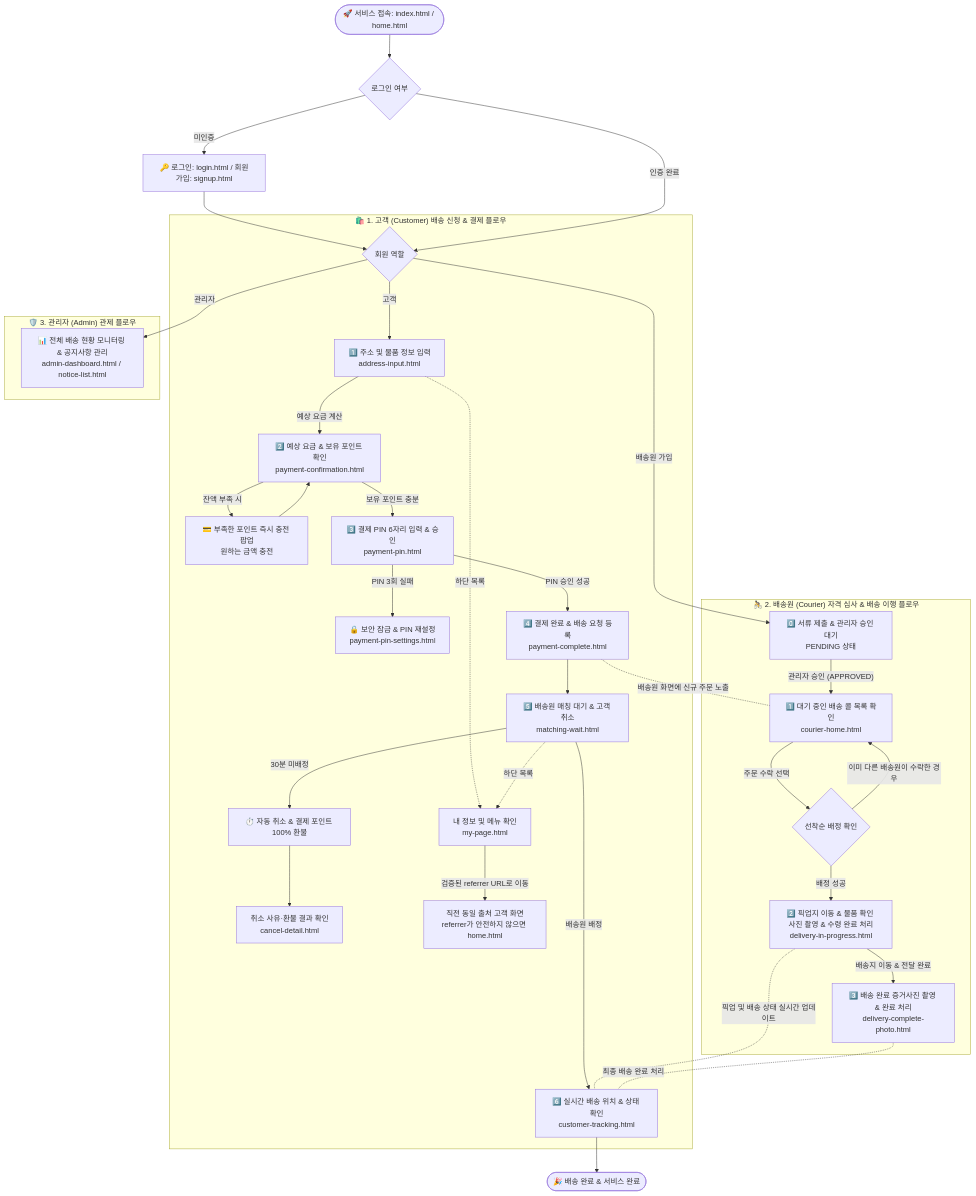
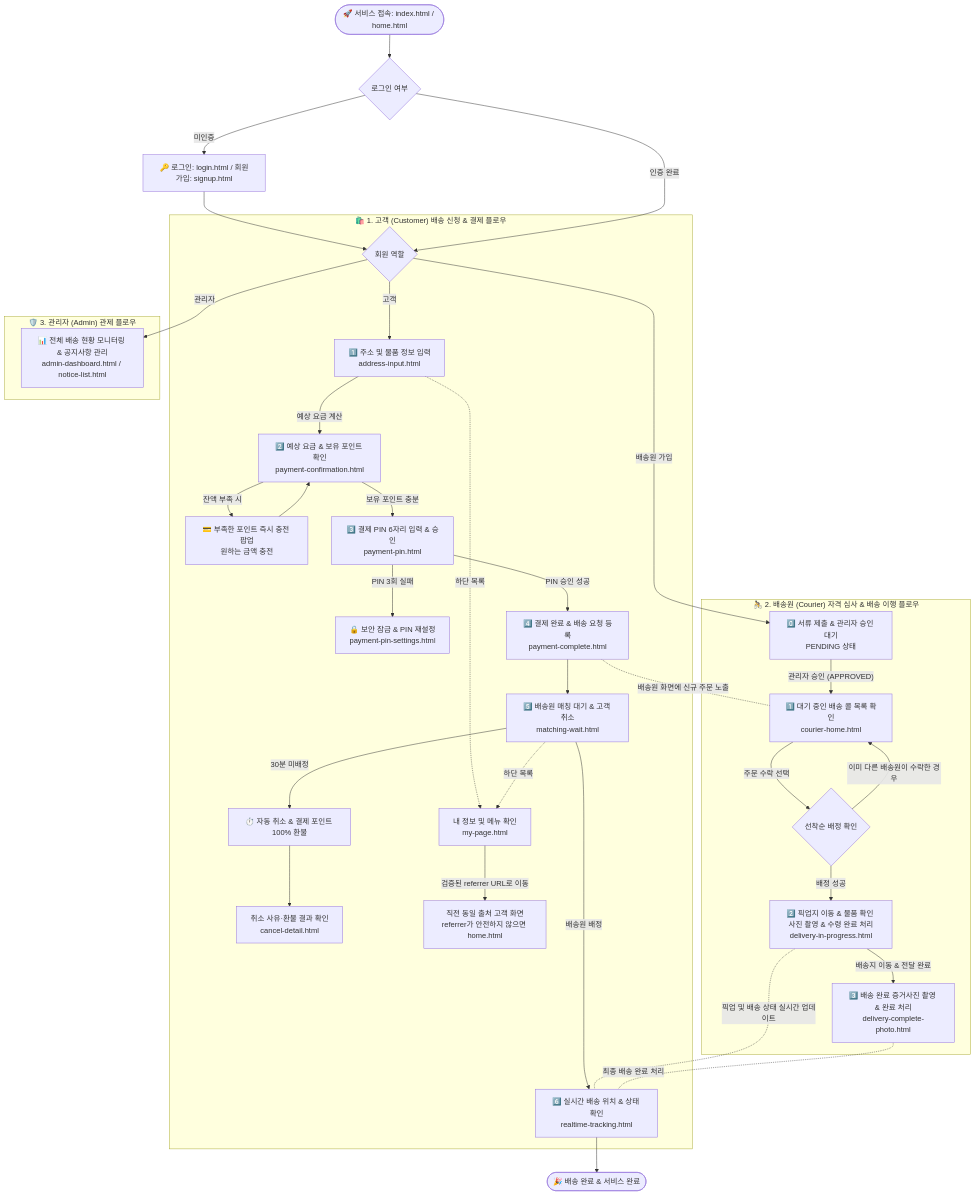
Before and after one commit to ShinhanDSProject/shinhan-delivery: the first of 3 diagrams in docs/architecture/전체-유저-플로우-가이드.md, drawn with Mermaid. The commit also changed other lines of this file and 1 other file, not shown here.

Commit message:
docs: CodeRabbit 리뷰 반영 — 존재하지 않는 customer-tracking.html 오타 수정 및 매칭 대기 REST 스냅샷 설명 보강
전체-유저-플로우-가이드.md가 6단계 화면을 customer-tracking.html로
가리키고 있었는데 실제 파일명은 realtime-tracking.html이라 오래된 오타로
남아있었다(이번 작업과는 무관하게 이미 있던 것). 프로젝트-스펙-및-태스크-
분할.md의 FE-018 설명도 WebSocket push만 적혀 있어, 진입 시 REST로 1회
상태를 확인한다는 사실을 같이 명시했다. CodeRabbit 리뷰(PR #332)로 발견.

````diff
--- a/docs/architecture/전체-유저-플로우-가이드.md
+++ b/docs/architecture/전체-유저-플로우-가이드.md
@@ -29,59 +29,59 @@
 ```mermaid
 flowchart TD
     %% 시작 및 인증
     Start([🚀 서비스 접속: index.html / home.html]) --> AuthChoice{로그인 여부}
     
     AuthChoice -- 미인증 --> Login[🔑 로그인: login.html / 회원가입: signup.html]
     Login --> RoleChoice{회원 역할}
     AuthChoice -- 인증 완료 --> RoleChoice
 
     %% -------------------------------------------------------------
     %% 1. 고객 (Customer) 유저 플로우
     %% -------------------------------------------------------------
     subgraph CustomerFlow ["🛍️ 1. 고객 (Customer) 배송 신청 & 결제 플로우"]
         RoleChoice -- 고객 --> AddrInput[1️⃣ 주소 및 물품 정보 입력<br/>address-input.html]
         AddrInput -- 예상 요금 계산 --> PayConfirm[2️⃣ 예상 요금 & 보유 포인트 확인<br/>payment-confirmation.html]
         
         PayConfirm -- 잔액 부족 시 --> PointCharge[💳 부족한 포인트 즉시 충전 팝업<br/>원하는 금액 충전]
         PointCharge --> PayConfirm
         
         PayConfirm -- 보유 포인트 충분 --> PayPin[3️⃣ 결제 PIN 6자리 입력 & 승인<br/>payment-pin.html]
         PayPin -- PIN 3회 실패 --> PinLock[🔒 보안 잠금 & PIN 재설정<br/>payment-pin-settings.html]
         PayPin -- PIN 승인 성공 --> PayComplete[4️⃣ 결제 완료 & 배송 요청 등록<br/>payment-complete.html]
         
         PayComplete --> MatchingWait[5️⃣ 배송원 매칭 대기 & 고객 취소<br/>matching-wait.html]
-        MatchingWait -- 배송원 배정 --> Tracking[6️⃣ 실시간 배송 위치 & 상태 확인<br/>customer-tracking.html]
+        MatchingWait -- 배송원 배정 --> Tracking[6️⃣ 실시간 배송 위치 & 상태 확인<br/>realtime-tracking.html]
         MatchingWait -- 30분 미배정 --> TimeoutRefund[⏱️ 자동 취소 & 결제 포인트 100% 환불]
         TimeoutRefund --> CancelDetail[취소 사유·환불 결과 확인<br/>cancel-detail.html]
         AddrInput -. 하단 목록 .-> MyPage[내 정보 및 메뉴 확인<br/>my-page.html]
         MatchingWait -. 하단 목록 .-> MyPage
         MyPage -- 검증된 referrer URL로 이동 --> PreviousCustomerScreen[직전 동일 출처 고객 화면<br/>referrer가 안전하지 않으면 home.html]
     end
 
     %% -------------------------------------------------------------
     %% 2. 배송원 (Courier) 유저 플로우
     %% -------------------------------------------------------------
     subgraph CourierFlow ["🚴 2. 배송원 (Courier) 자격 심사 & 배송 이행 플로우"]
         RoleChoice -- 배송원 가입 --> CourierPending[0️⃣ 서류 제출 & 관리자 승인 대기<br/>PENDING 상태]
         CourierPending -- 관리자 승인 (APPROVED) --> CourierDash[1️⃣ 대기 중인 배송 콜 목록 확인<br/>courier-home.html]
         
         CourierDash -- 주문 수락 선택 --> MatchCheck{선착순 배정 확인}
         MatchCheck -- 이미 다른 배송원이 수락한 경우 --> CourierDash
         MatchCheck -- 배정 성공 --> CourierPickup[2️⃣ 픽업지 이동 & 물품 확인 사진 촬영 & 수령 완료 처리<br/>delivery-in-progress.html]
         
         CourierPickup -- 배송지 이동 & 전달 완료 --> CourierComplete[3️⃣ 배송 완료 증거사진 촬영 & 완료 처리<br/>delivery-complete-photo.html]
     end
 
     %% -------------------------------------------------------------
     %% 3. 관리자 (Admin) 유저 플로우
     %% -------------------------------------------------------------
     subgraph AdminFlow ["🛡️ 3. 관리자 (Admin) 관제 플로우"]
         RoleChoice -- 관리자 --> AdminDash[📊 전체 배송 현황 모니터링 & 공지사항 관리<br/>admin-dashboard.html / notice-list.html]
     end
 
     %% 실시간 상호작용 연결
     PayComplete -. 배송원 화면에 신규 주문 노출 .- CourierDash
     CourierPickup -. 픽업 및 배송 상태 실시간 업데이트 .- Tracking
     CourierComplete -. 최종 배송 완료 처리 .- Tracking
     Tracking --> Finish([🎉 배송 완료 & 서비스 완료])
 ```
````
